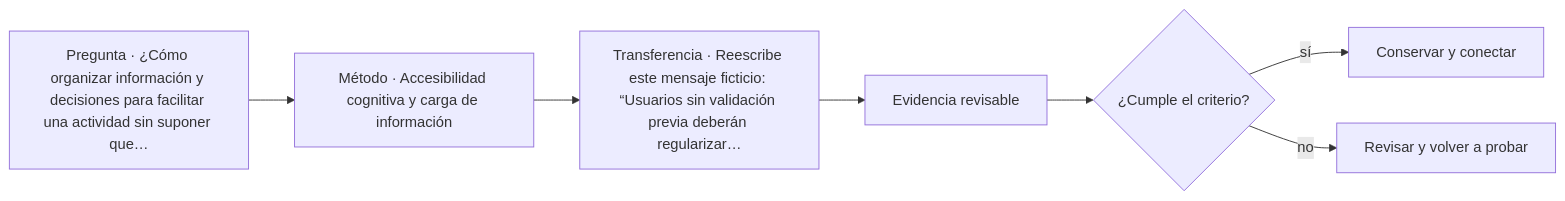
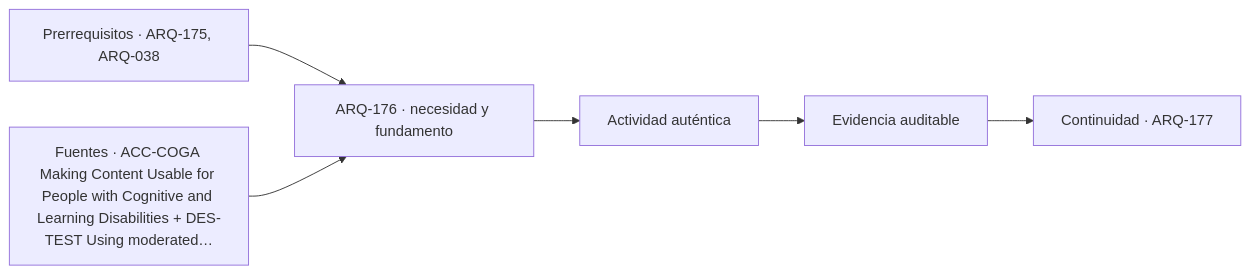
The diagram in classes/parte-18/ARQ-176.md (vladimiracunadev-create/architecture-built-environment-learning-program), drawn with Mermaid before and after one commit. The commit also changed other lines of this file and 761 other files, not shown here.

````diff
--- a/classes/parte-18/ARQ-176.md
+++ b/classes/parte-18/ARQ-176.md
@@ -122,9 +134,8 @@
 ```mermaid
 flowchart LR
-    Q["Pregunta · ¿Cómo organizar información y decisiones para facilitar una actividad sin suponer que…"] --> M["Método · Accesibilidad cognitiva y carga de información"]
-    M --> P["Transferencia · Reescribe este mensaje ficticio: “Usuarios sin validación previa deberán regularizar…"]
-    P --> E["Evidencia revisable"]
-    E --> C{"¿Cumple el criterio?"}
-    C -->|sí| T["Conservar y conectar"]
-    C -->|no| R["Revisar y volver a probar"]
+    A["Prerrequisitos · ARQ-175, ARQ-038"] --> B["ARQ-176 · necesidad y fundamento"]
+    S["Fuentes · ACC-COGA Making Content Usable for People with Cognitive and Learning Disabilities + DES-TEST Using moderated…"] --> B
+    B --> C["Actividad auténtica"]
+    C --> D["Evidencia auditable"]
+    D --> E["Continuidad · ARQ-177"]
 ```
````
